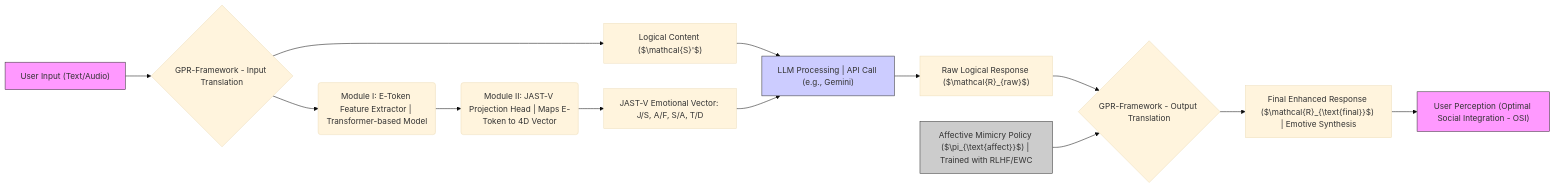
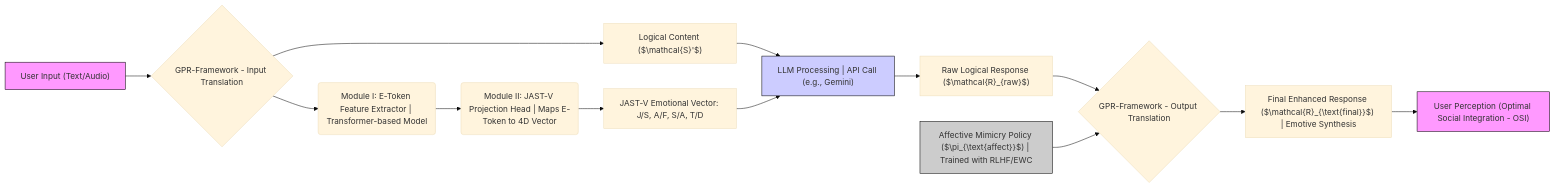
One commit to 76448-ORG/GPR-Protocol changed the first of 3 diagrams in README.md. Above: the diagram before and after it, drawn with Mermaid (base theme). The commit also changed other lines of this file, not shown here.

````diff
--- a/README.md
+++ b/README.md
@@ -131,18 +130,18 @@
 ```mermaid
 graph LR;
     A["User Input (Text/Audio)"] --> B{"GPR-Framework - Input Translation"};
     B --> C("Module I: E-Token Feature Extractor | Transformer-based Model");
     C --> D("Module II: JAST-V Projection Head | Maps E-Token to 4D Vector");
     D --> E["JAST-V Emotional Vector: J/S, A/F, S/A, T/D"];
     B --> F["Logical Content ($\mathcal{S}'$)"];
     F & E --> G["LLM Processing | API Call (e.g., Gemini)"];
     G --> H["Raw Logical Response ($\mathcal{R}_{raw}$)"];
     H --> I{"GPR-Framework - Output Translation"};
     J["Affective Mimicry Policy ($\pi_{\text{affect}}$) | Trained with RLHF/EWC"] --> I;
     I --> K["Final Enhanced Response ($\mathcal{R}_{\text{final}}$) | Emotive Synthesis"];
     K --> L["User Perception (Optimal Social Integration - OSI)"];
-    style A fill:#f9f,stroke:#333
-    style L fill:#f9f,stroke:#333
-    style J fill:#ccc,stroke:#333
-    style G fill:#ccf,stroke:#333
+    style A fill:#f9f,stroke:#000
+    style L fill:#f9f,stroke:#000
+    style J fill:#ccc,stroke:#000
+    style G fill:#ccf,stroke:#000
 ```
````
